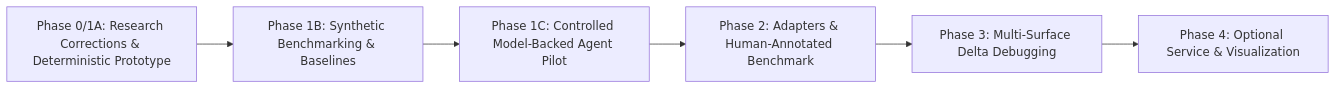
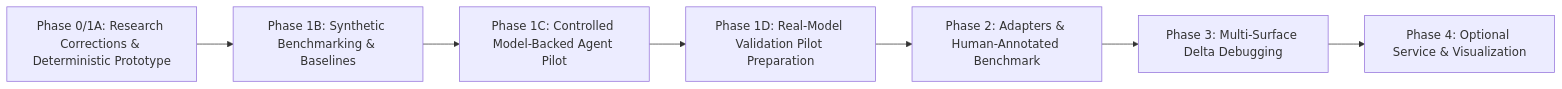
One commit to yash-mishraa/AgentXRay changed the diagram in README.md. Above: the diagram before and after it, drawn with Mermaid. The commit also changed other lines of this file and 8 other files, not shown here.

Commit message:
feat: prepare Phase 1D real-model validation pilot with task filtering and spend safeguards

````diff
--- a/README.md
+++ b/README.md
@@ -84,8 +104,9 @@
 ```mermaid
 flowchart LR
     P0["Phase 0/1A: Research Corrections & Deterministic Prototype"] --> P1["Phase 1B: Synthetic Benchmarking & Baselines"]
     P1 --> P1C["Phase 1C: Controlled Model-Backed Agent Pilot"]
-    P1C --> P2["Phase 2: Adapters & Human-Annotated Benchmark"]
+    P1C --> P1D["Phase 1D: Real-Model Validation Pilot Preparation"]
+    P1D --> P2["Phase 2: Adapters & Human-Annotated Benchmark"]
     P2 --> P3["Phase 3: Multi-Surface Delta Debugging"]
     P3 --> P4["Phase 4: Optional Service & Visualization"]
 ```
````
